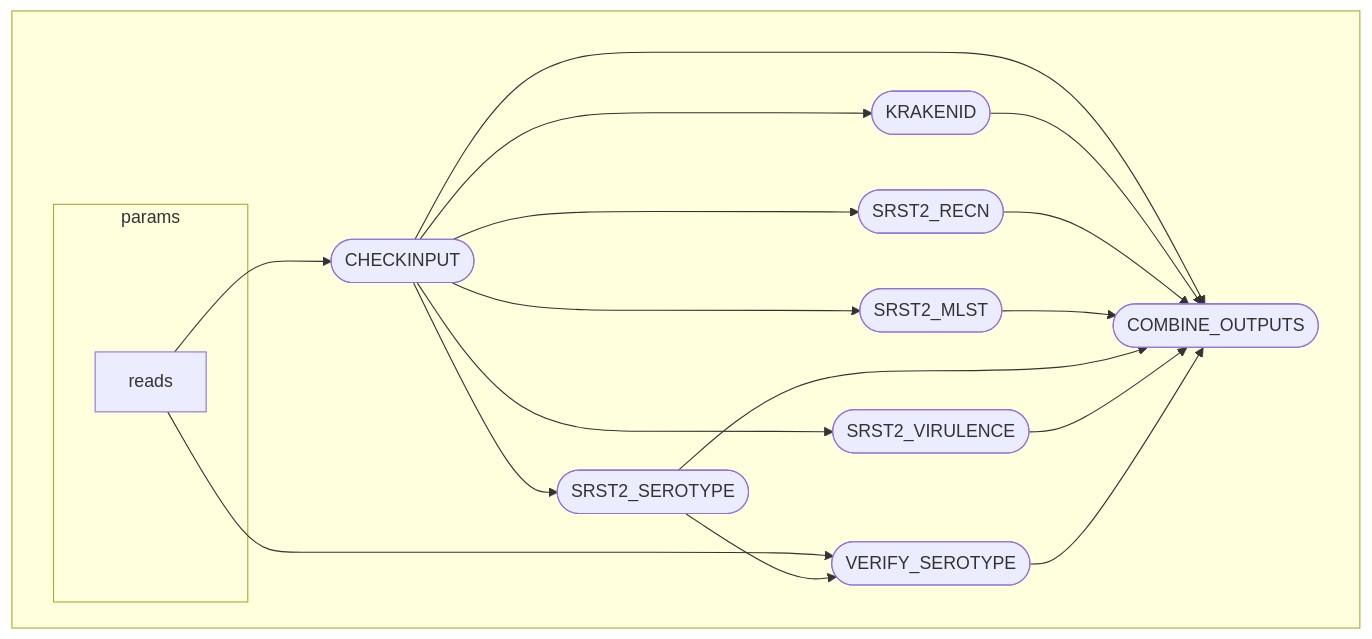
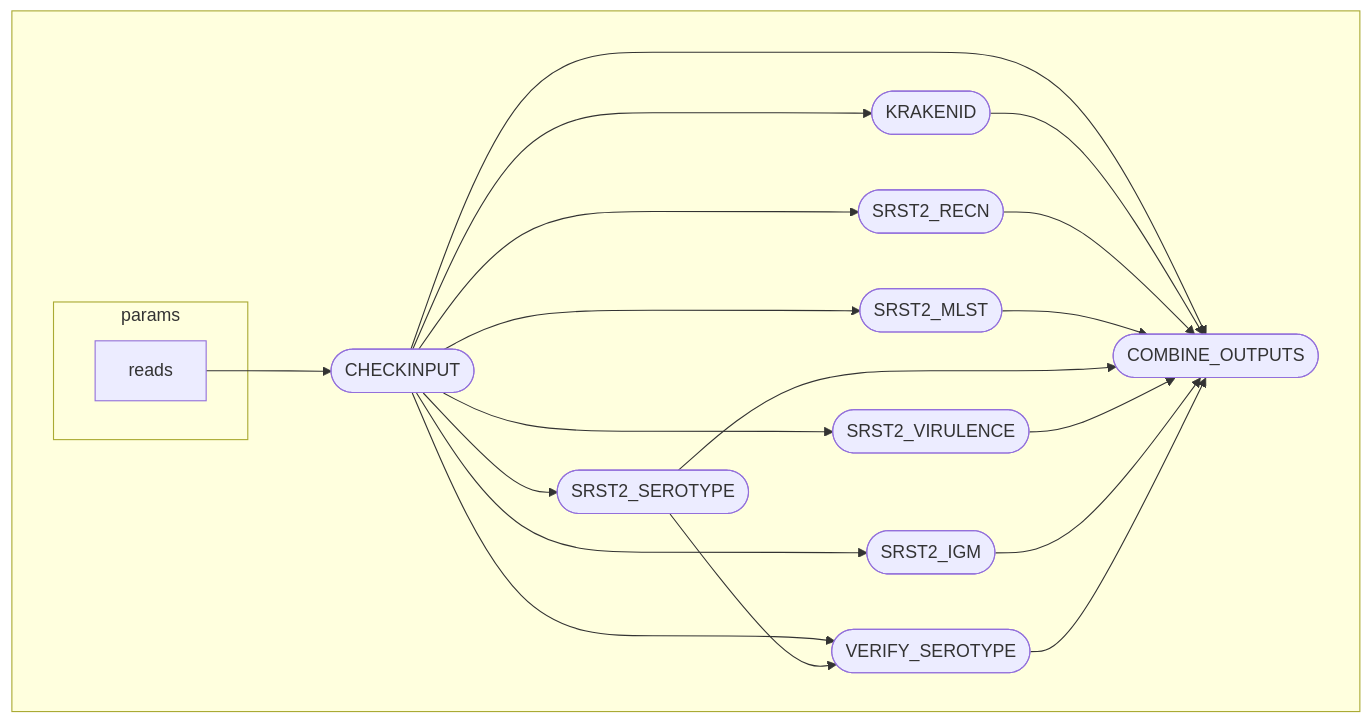
One commit to DEFRA/Strepsuis_seq changed the diagram in README.md. Above: the diagram before and after it, drawn with Mermaid. The commit also changed other lines of this file, not shown here.

Commit message:
update mermaid and add brief description of basis for IgM typing

````diff
--- a/README.md
+++ b/README.md
@@ -13,32 +13,35 @@
 ```mermaid
 flowchart TB
   subgraph " "
     subgraph params
       v0["reads"]
     end
     v2([CHECKINPUT])
     v5([KRAKENID])
     v6([SRST2_RECN])
     v7([SRST2_MLST])
     v8([SRST2_SEROTYPE])
     v9([SRST2_VIRULENCE])
+    v10([SRST2_IGM])
     v11([VERIFY_SEROTYPE])
     v22([COMBINE_OUTPUTS])
     v0 --> v2
     v2 --> v5
     v2 --> v6
     v2 --> v7
     v2 --> v8
     v2 --> v9
-    v0 --> v11
+    v2 --> v10
+    v2 --> v11
     v8 --> v11
     v2 --> v22
     v5 --> v22
     v6 --> v22
     v7 --> v22
     v8 --> v22
     v9 --> v22
+    v10 --> v22
     v11 --> v22
   end
 
 ```
````
